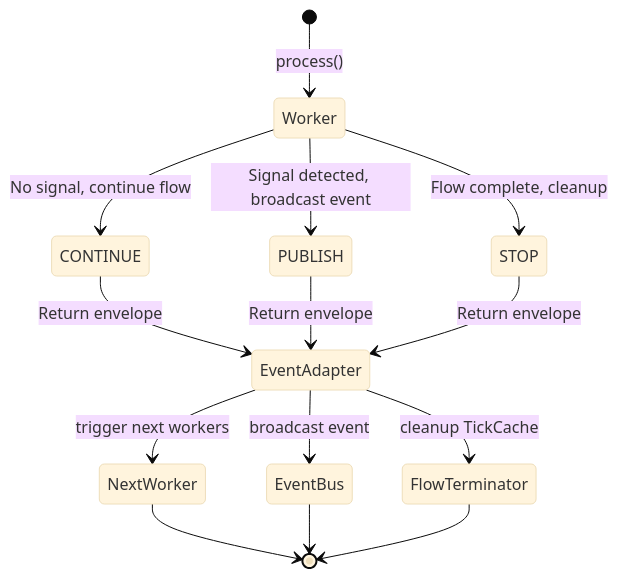
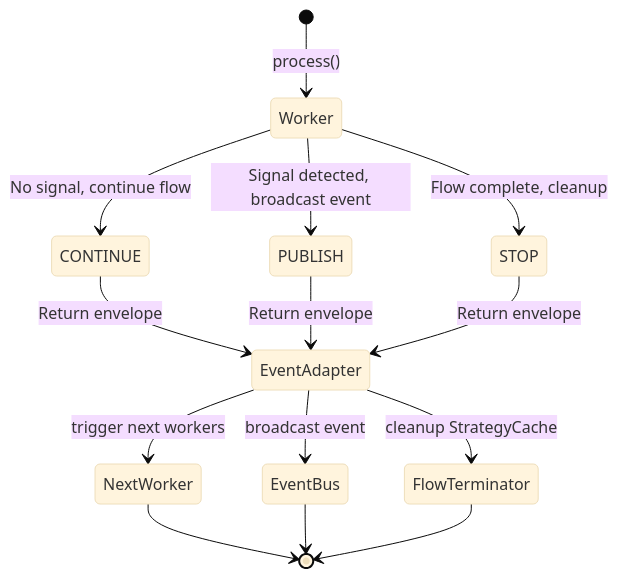
One commit to MikeyVK/S1mpleTraderV3 changed the second of 2 diagrams in docs/architecture/DATA_FLOW.md. Above: the diagram before and after it, drawn with Mermaid (base theme). The commit also changed other lines of this file and 29 other files, not shown here.

````diff
--- a/docs/architecture/DATA_FLOW.md
+++ b/docs/architecture/DATA_FLOW.md
@@ -133,19 +133,19 @@
 ```mermaid
 stateDiagram-v2
     [*] --> Worker: process()
     Worker --> CONTINUE: No signal, continue flow
     Worker --> PUBLISH: Signal detected, broadcast event
     Worker --> STOP: Flow complete, cleanup
     
     CONTINUE --> EventAdapter: Return envelope
     PUBLISH --> EventAdapter: Return envelope
     STOP --> EventAdapter: Return envelope
     
     EventAdapter --> NextWorker: trigger next workers
     EventAdapter --> EventBus: broadcast event
-    EventAdapter --> FlowTerminator: cleanup TickCache
+    EventAdapter --> FlowTerminator: cleanup StrategyCache
     
     NextWorker --> [*]
     EventBus --> [*]
     FlowTerminator --> [*]
 ```
````
